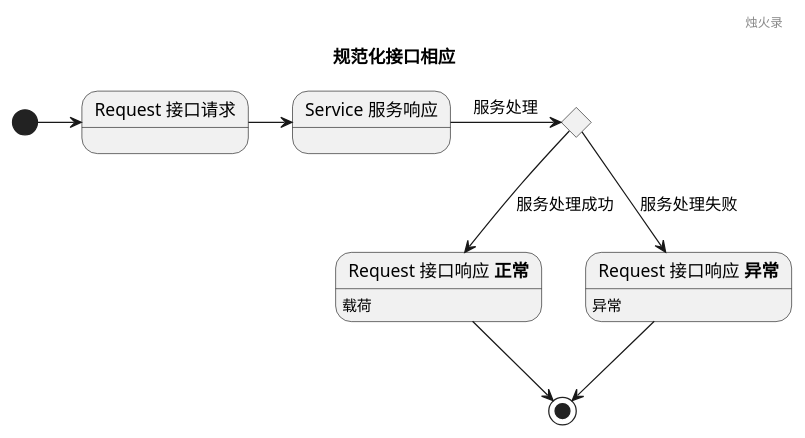
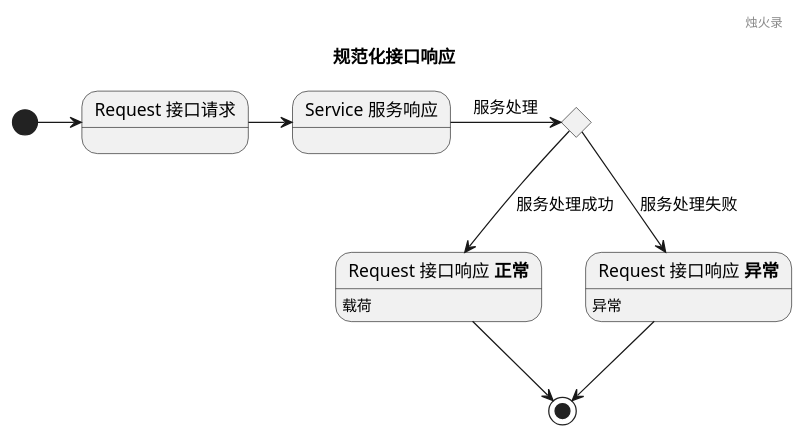
Before and after one commit to o-w-o/way: the diagram in properties/data-model/io--api.state.puml, drawn with PlantUML. The commit also changed 5 other files, not shown here.

Commit message:
fix($uml): :bug: 相应 > 响应

```diff
--- a/properties/data-model/io--api.state.puml
+++ b/properties/data-model/io--api.state.puml
@@ -1,27 +1,27 @@
 @startuml
 
 header 烛火录
 
-title 规范化接口相应
+title 规范化接口响应
 
 state "Request 接口请求" as Request
 state "Service 服务响应" as Service
 state c <<choice>>
 state "Request 接口响应 **正常**" as Response
 state "Request 接口响应 **异常**" as Exception
 
 Response : 载荷
 Exception : 异常
 
 [*] -> Request
 
 Request -> Service
 Service -> c : 服务处理
 
 c --> Response : 服务处理成功
 c --> Exception : 服务处理失败
 
 Response --> [*]
 Exception --> [*]
 
 @enduml
```
